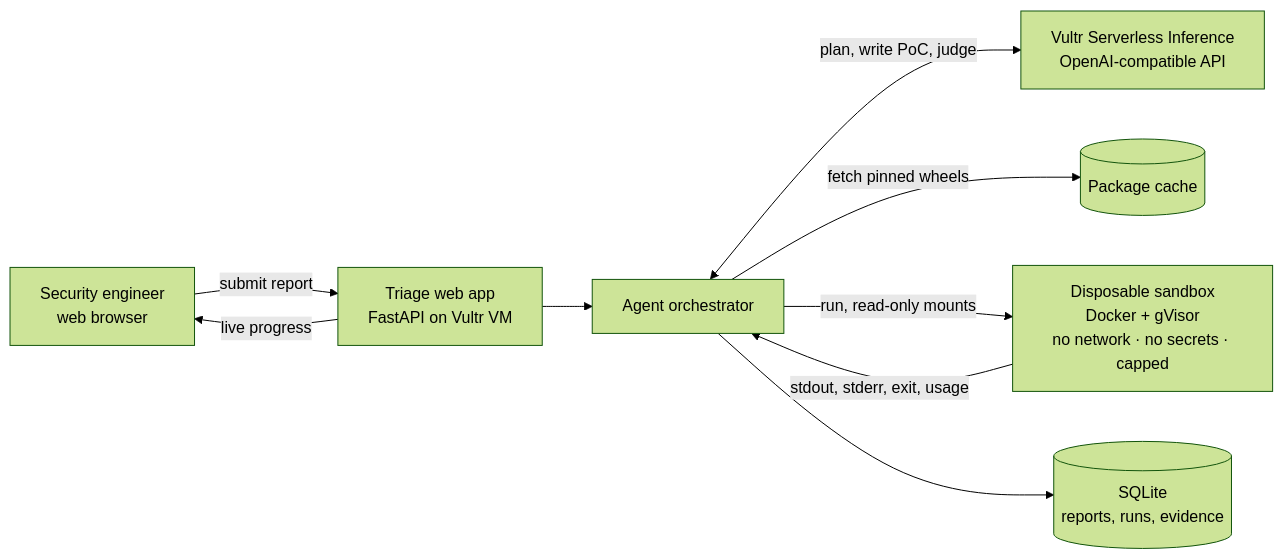
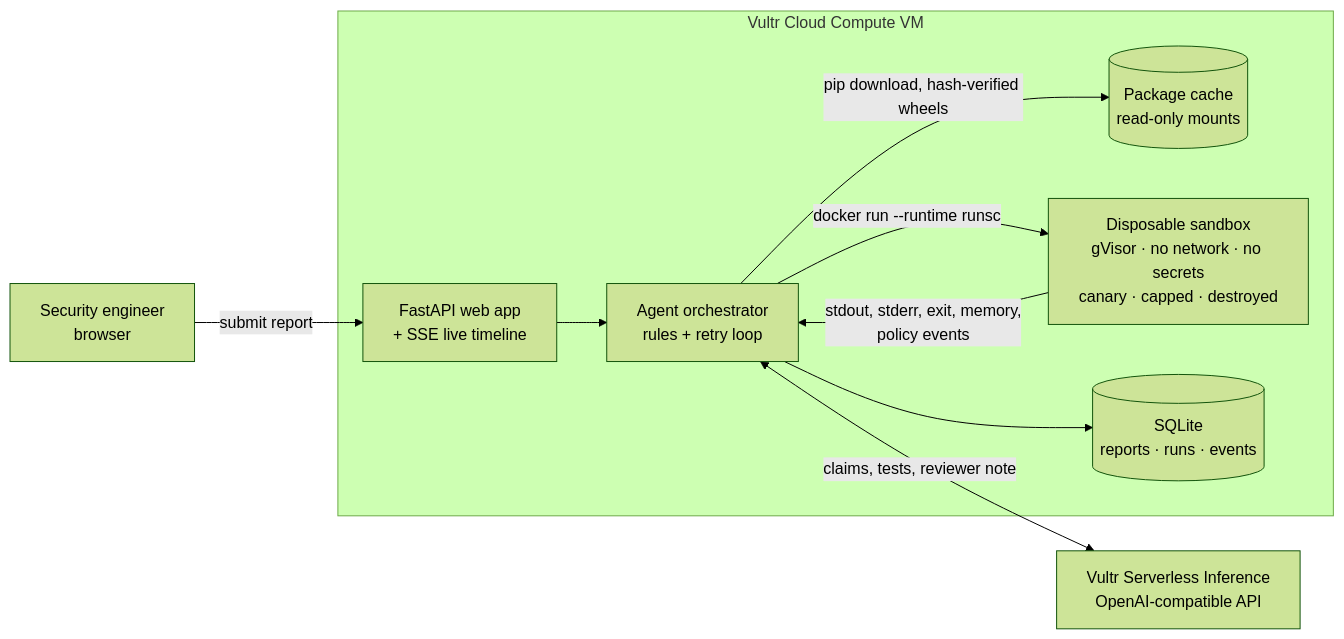
Before and after one commit to Abrar5510/triage: the diagram in README.md, drawn with Mermaid (forest theme). The commit also changed other lines of this file and 35 other files, not shown here.

First line of the commit message:
Build Triage: sandboxed vulnerability report triage agent

````diff
--- a/README.md
+++ b/README.md
@@ -59,11 +81,12 @@
 ```mermaid
 flowchart LR
-    U[Security engineer<br/>web browser] -->|submit report| W[Triage web app<br/>FastAPI on Vultr VM]
-    W --> O[Agent orchestrator]
-    O <-->|plan, write PoC, judge| I[Vultr Serverless Inference<br/>OpenAI-compatible API]
-    O -->|fetch pinned wheels| P[(Package cache)]
-    O -->|run, read-only mounts| S[Disposable sandbox<br/>Docker + gVisor<br/>no network · no secrets · capped]
-    S -->|stdout, stderr, exit, usage| O
-    O --> D[(SQLite<br/>reports, runs, evidence)]
-    W -->|live progress| U
+    U[Security engineer<br/>browser] -->|submit report| W[FastAPI web app<br/>+ SSE live timeline]
+    subgraph VM[Vultr Cloud Compute VM]
+      W --> O[Agent orchestrator<br/>rules + retry loop]
+      O -->|pip download, hash-verified wheels| P[(Package cache<br/>read-only mounts)]
+      O -->|docker run --runtime runsc| S[Disposable sandbox<br/>gVisor · no network · no secrets<br/>canary · capped · destroyed]
+      S -->|stdout, stderr, exit, memory,<br/>policy events| O
+      O --> D[(SQLite<br/>reports · runs · events)]
+    end
+    O <-->|claims, tests, reviewer note| I[Vultr Serverless Inference<br/>OpenAI-compatible API]
 ```
````
